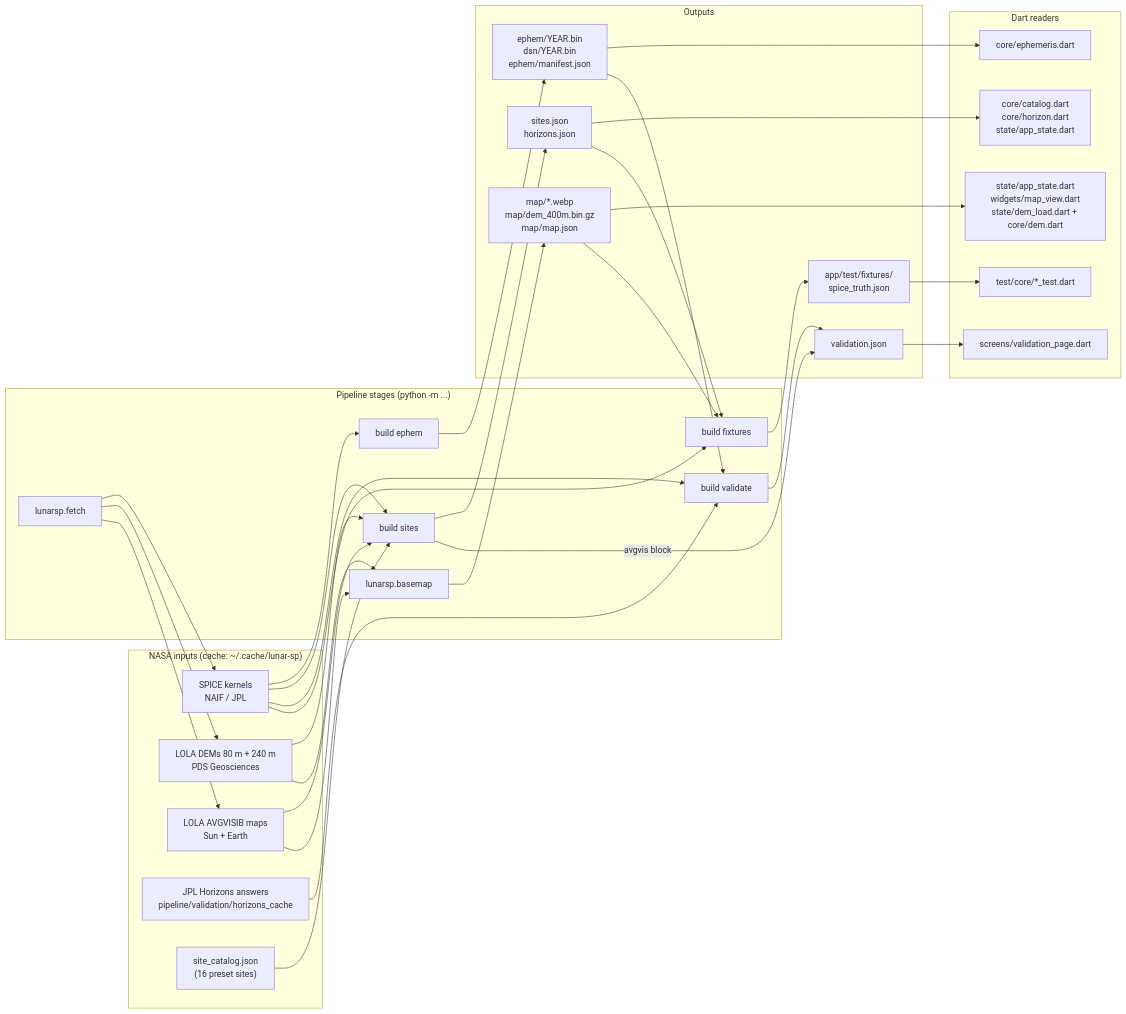
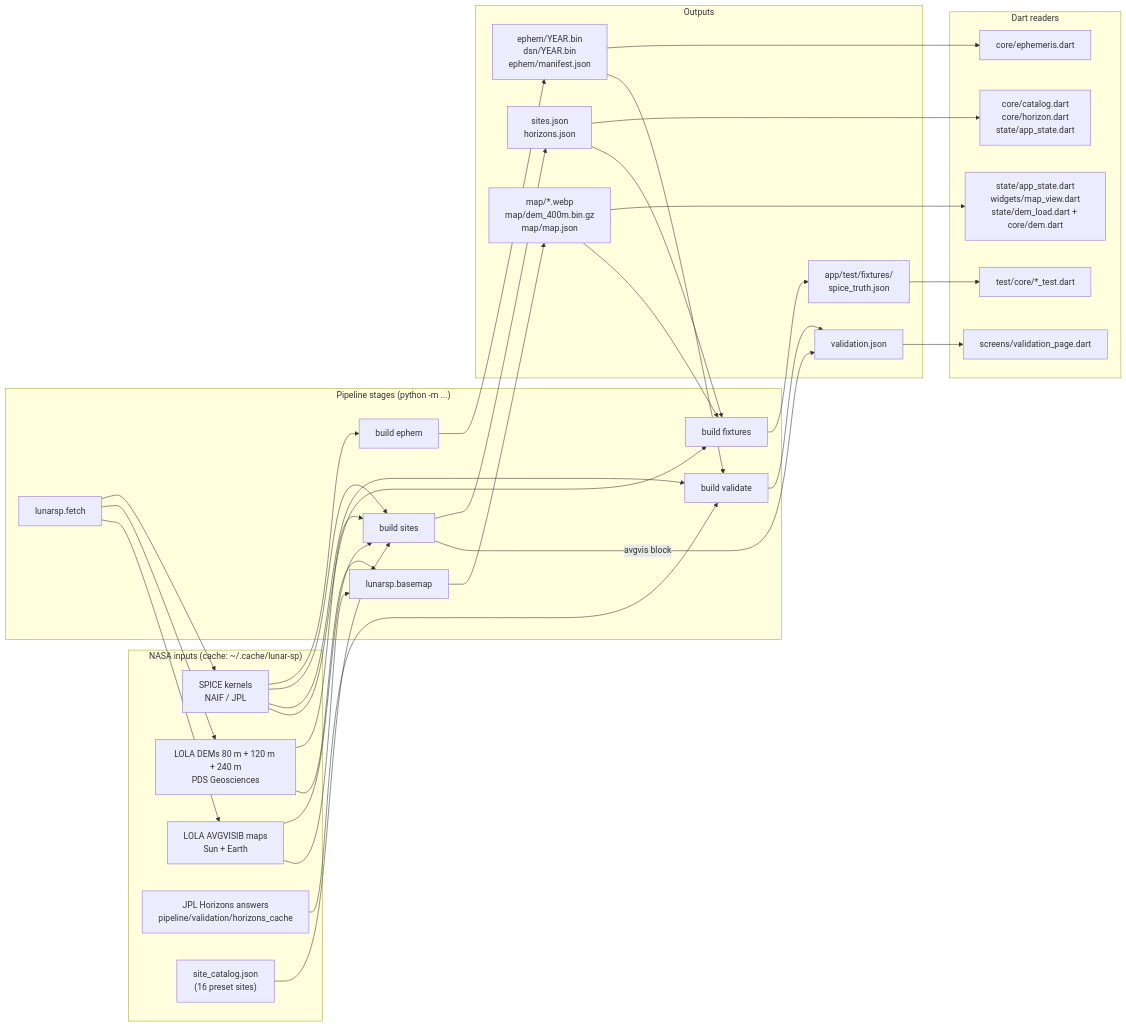
One commit to localizedprojects/CLPS-MOON-BROWSER changed the diagram in pipeline/README.md. Above: the diagram before and after it, drawn with Mermaid. The commit also changed other lines of this file and 70 other files, not shown here.

````diff
--- a/pipeline/README.md
+++ b/pipeline/README.md
@@ -30,39 +30,39 @@
 ```mermaid
 flowchart LR
   subgraph NASA["NASA inputs (cache: ~/.cache/lunar-sp)"]
     K["SPICE kernels<br/>NAIF / JPL"]
-    D["LOLA DEMs 80 m + 240 m<br/>PDS Geosciences"]
+    D["LOLA DEMs 80 m + 120 m + 240 m<br/>PDS Geosciences"]
     V["LOLA AVGVISIB maps<br/>Sun + Earth"]
     H["JPL Horizons answers<br/>pipeline/validation/horizons_cache"]
     C["site_catalog.json<br/>(16 preset sites)"]
   end
   subgraph Stages["Pipeline stages (python -m ...)"]
     F["lunarsp.fetch"]
     E["build ephem"]
     S["build sites"]
     B["lunarsp.basemap"]
     VA["build validate"]
     FX["build fixtures"]
   end
   subgraph Out["Outputs"]
     O1["ephem/YEAR.bin<br/>dsn/YEAR.bin<br/>ephem/manifest.json"]
     O2["sites.json<br/>horizons.json"]
     O3["map/*.webp<br/>map/dem_400m.bin.gz<br/>map/map.json"]
     O4["validation.json"]
     O5["app/test/fixtures/<br/>spice_truth.json"]
   end
   subgraph Dart["Dart readers"]
     R1["core/ephemeris.dart"]
     R2["core/catalog.dart<br/>core/horizon.dart<br/>state/app_state.dart"]
     R3["state/app_state.dart<br/>widgets/map_view.dart<br/>state/dem_load.dart + core/dem.dart"]
     R4["screens/validation_page.dart"]
     R5["test/core/*_test.dart"]
   end
   F --> K & D & V
   K --> E --> O1 --> R1
   K & D & V & C --> S --> O2 --> R2
   D & V --> B --> O3 --> R3
   K & H & O1 --> VA --> O4 --> R4
   S -- "avgvis block" --> O4
   K & O2 & O3 --> FX --> O5 --> R5
 ```
````
